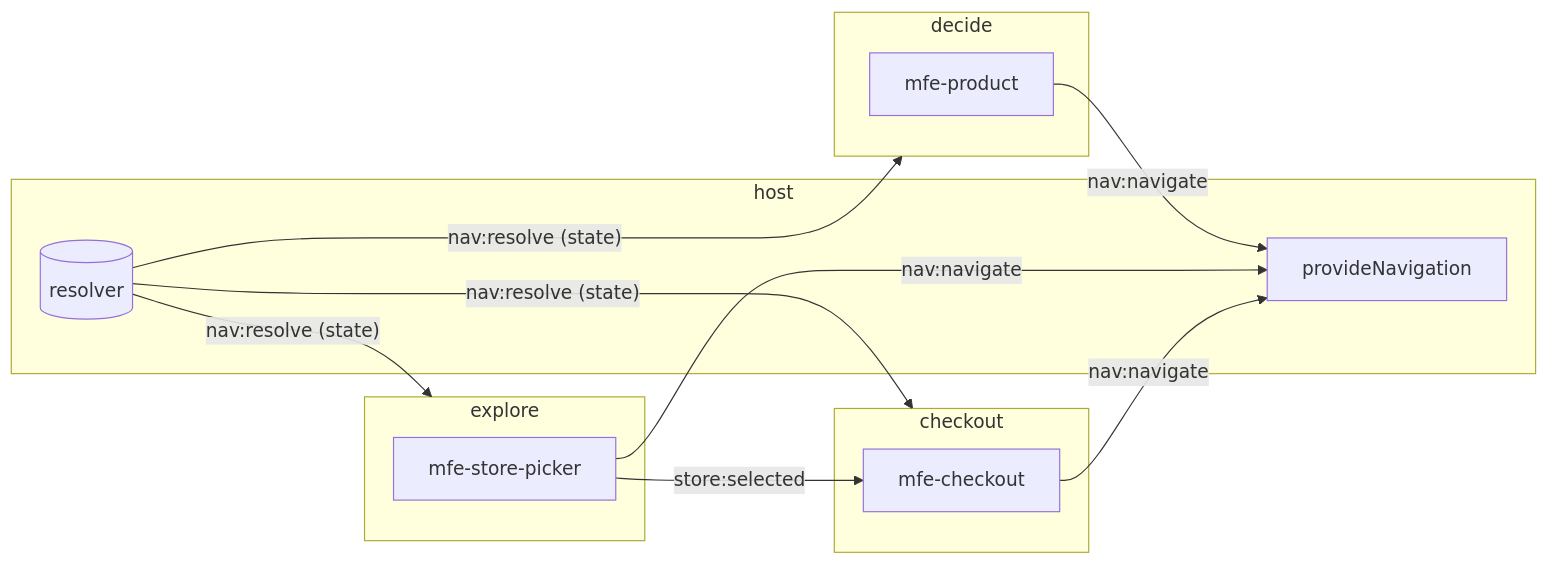
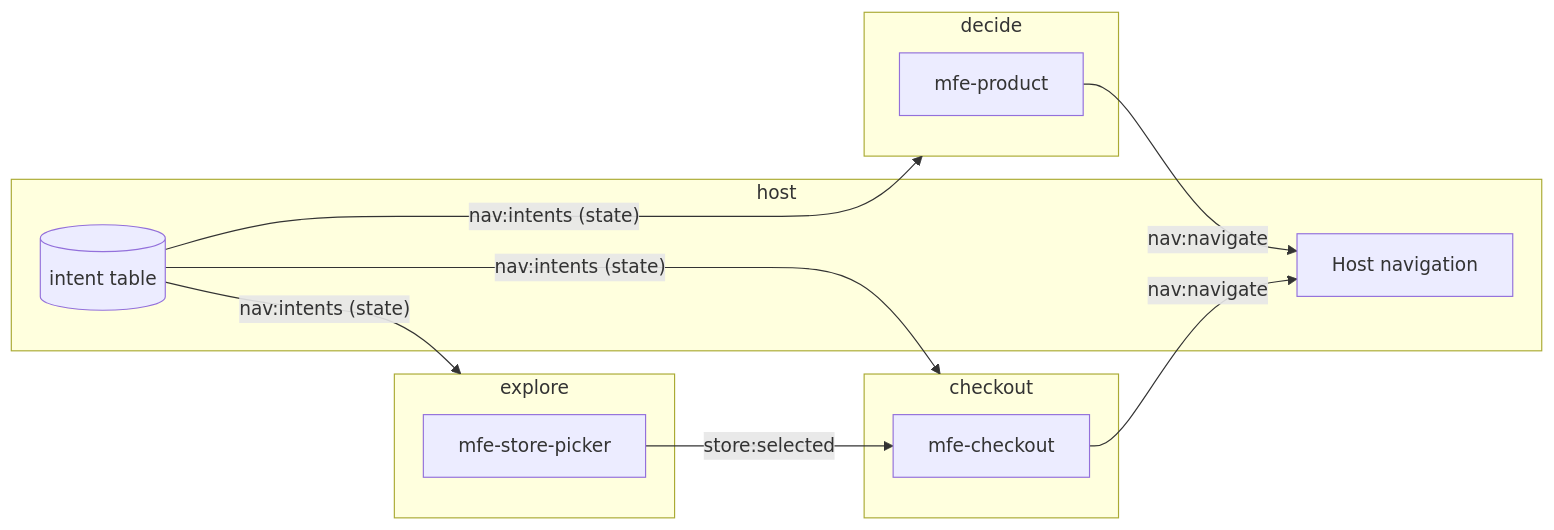
Before and after one commit to native-federation/playground: the third of 5 diagrams in angular/tractor-store/docs/architecture.md, drawn with Mermaid. The commit also changed other lines of this file and 102 other files, not shown here.

First line of the commit message:
feat(tractor-store): sync the Angular and React stores on one bus and intent table

````diff
--- a/angular/tractor-store/docs/architecture.md
+++ b/angular/tractor-store/docs/architecture.md
@@ -304,24 +303,23 @@
 ```mermaid
 flowchart LR
     subgraph Host["host"]
-        SN[provideNavigation]
-        NR[(resolver)]
+        SN[Host navigation]
+        NR[(intent table)]
     end
     subgraph Explore["explore"]
         SP[mfe-store-picker]
     end
     subgraph Decide["decide"]
         PD[mfe-product]
     end
     subgraph Checkout["checkout"]
         CO[mfe-checkout]
     end
 
     PD -- "nav:navigate" --> SN
-    SP -- "nav:navigate" --> SN
     CO -- "nav:navigate" --> SN
-    NR -- "nav:resolve (state)" --> Explore
-    NR -- "nav:resolve (state)" --> Decide
-    NR -- "nav:resolve (state)" --> Checkout
+    NR -- "nav:intents (state)" --> Explore
+    NR -- "nav:intents (state)" --> Decide
+    NR -- "nav:intents (state)" --> Checkout
     SP -- "store:selected" --> CO
 ```
````
